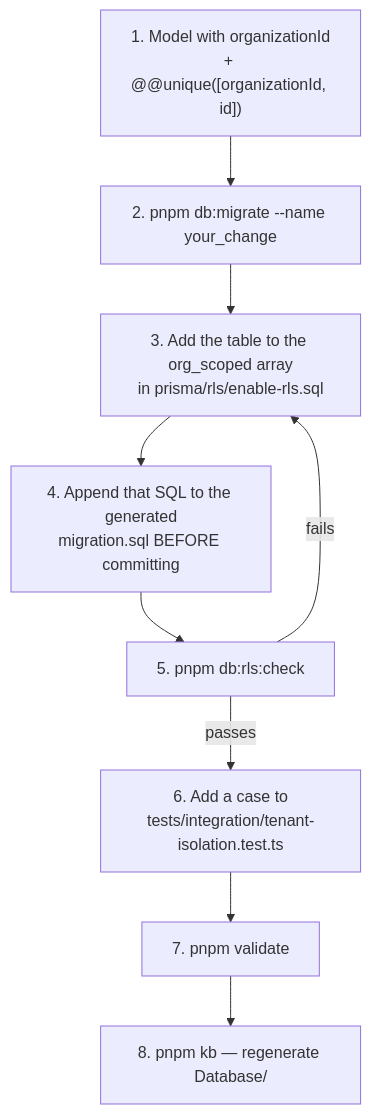
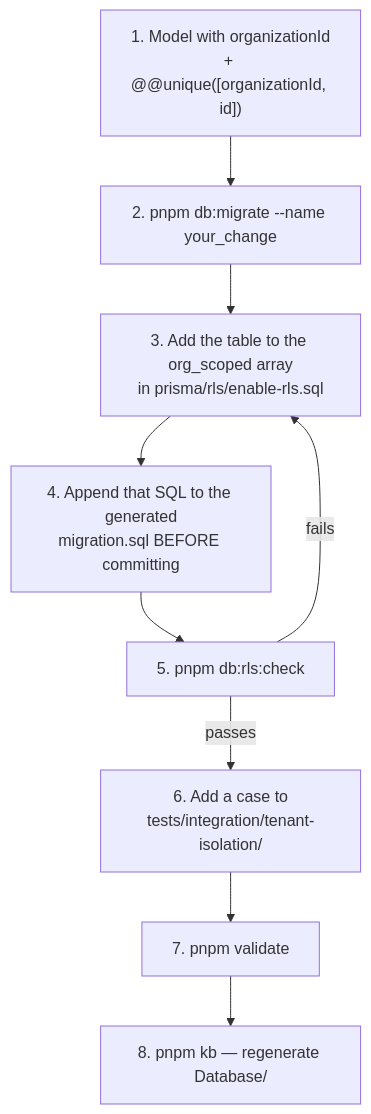
The second of 2 diagrams in .kb/04_Database_Schema.md (tejasnirala/rcln), drawn with Mermaid before and after one commit. The commit also changed 46 other files, not shown here.

First line of the commit message:
test(api): split tenant-isolation into one file per domain

````diff
--- a/.kb/04_Database_Schema.md
+++ b/.kb/04_Database_Schema.md
@@ -175,11 +175,11 @@
 ```mermaid
 flowchart TD
     A["1. Model with organizationId<br/>+ @@unique([organizationId, id])"] --> B["2. pnpm db:migrate --name your_change"]
     B --> C["3. Add the table to the org_scoped array<br/>in prisma/rls/enable-rls.sql"]
     C --> D["4. Append that SQL to the generated<br/>migration.sql BEFORE committing"]
     D --> E["5. pnpm db:rls:check"]
     E -->|fails| C
-    E -->|passes| F["6. Add a case to<br/>tests/integration/tenant-isolation.test.ts"]
+    E -->|passes| F["6. Add a case to<br/>tests/integration/tenant-isolation/"]
     F --> G["7. pnpm validate"]
     G --> H["8. pnpm kb — regenerate Database/"]
 ```
````
